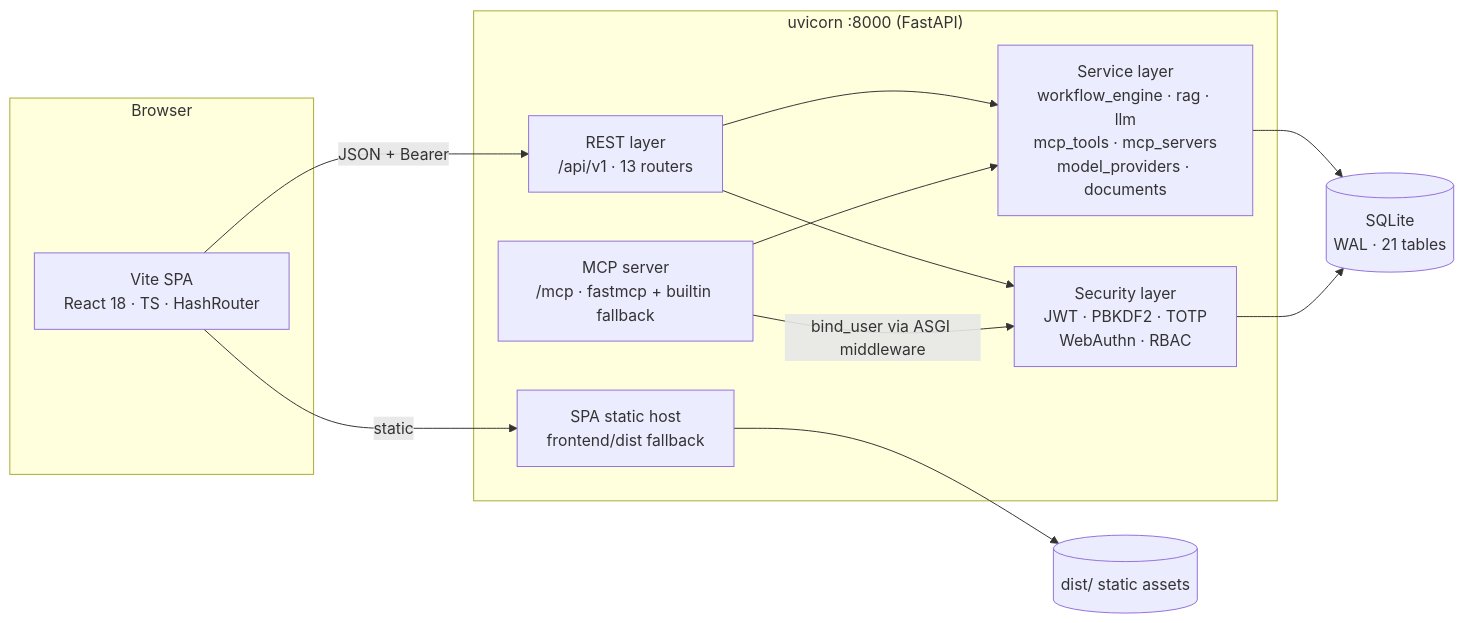
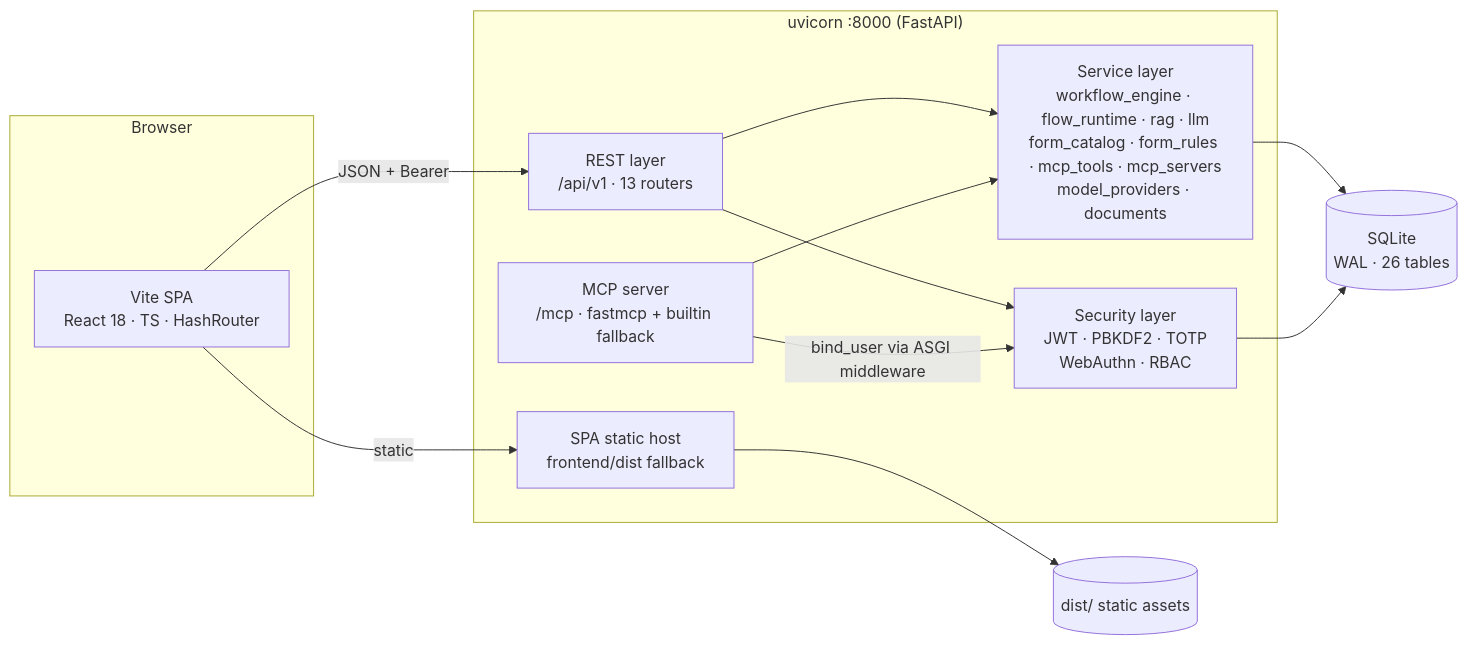
One commit to liudonghua123/ai-lowcode-platform changed the second of 4 diagrams in docs/architecture.md. Above: the diagram before and after it, drawn with Mermaid. The commit also changed other lines of this file and 39 other files, not shown here.

First line of the commit message:
feat(forms/workflows): domestic form engine, human approval runtime and docs

````diff
--- a/docs/architecture.md
+++ b/docs/architecture.md
@@ -60,25 +60,25 @@
 ```mermaid
 flowchart LR
     subgraph Browser
         SPA[Vite SPA<br/>React 18 · TS · HashRouter]
     end
     subgraph Process["uvicorn :8000 (FastAPI)"]
         API["REST layer<br/>/api/v1 · 13 routers"]
         MCPS["MCP server<br/>/mcp · fastmcp + builtin fallback"]
-        SVC["Service layer<br/>workflow_engine · rag · llm<br/>mcp_tools · mcp_servers<br/>model_providers · documents"]
+        SVC["Service layer<br/>workflow_engine · flow_runtime · rag · llm<br/>form_catalog · form_rules · mcp_tools · mcp_servers<br/>model_providers · documents"]
         SEC["Security layer<br/>JWT · PBKDF2 · TOTP<br/>WebAuthn · RBAC"]
         HOST["SPA static host<br/>frontend/dist fallback"]
     end
-    DB[(SQLite<br/>WAL · 21 tables)]
+    DB[(SQLite<br/>WAL · 26 tables)]
     FS[("dist/ static assets")]
 
     SPA -->|JSON + Bearer| API
     SPA -->|static| HOST
     API --> SEC
     API --> SVC
     MCPS -->|bind_user via ASGI middleware| SEC
     MCPS --> SVC
     SVC --> DB
     SEC --> DB
     HOST --> FS
 ```
````
